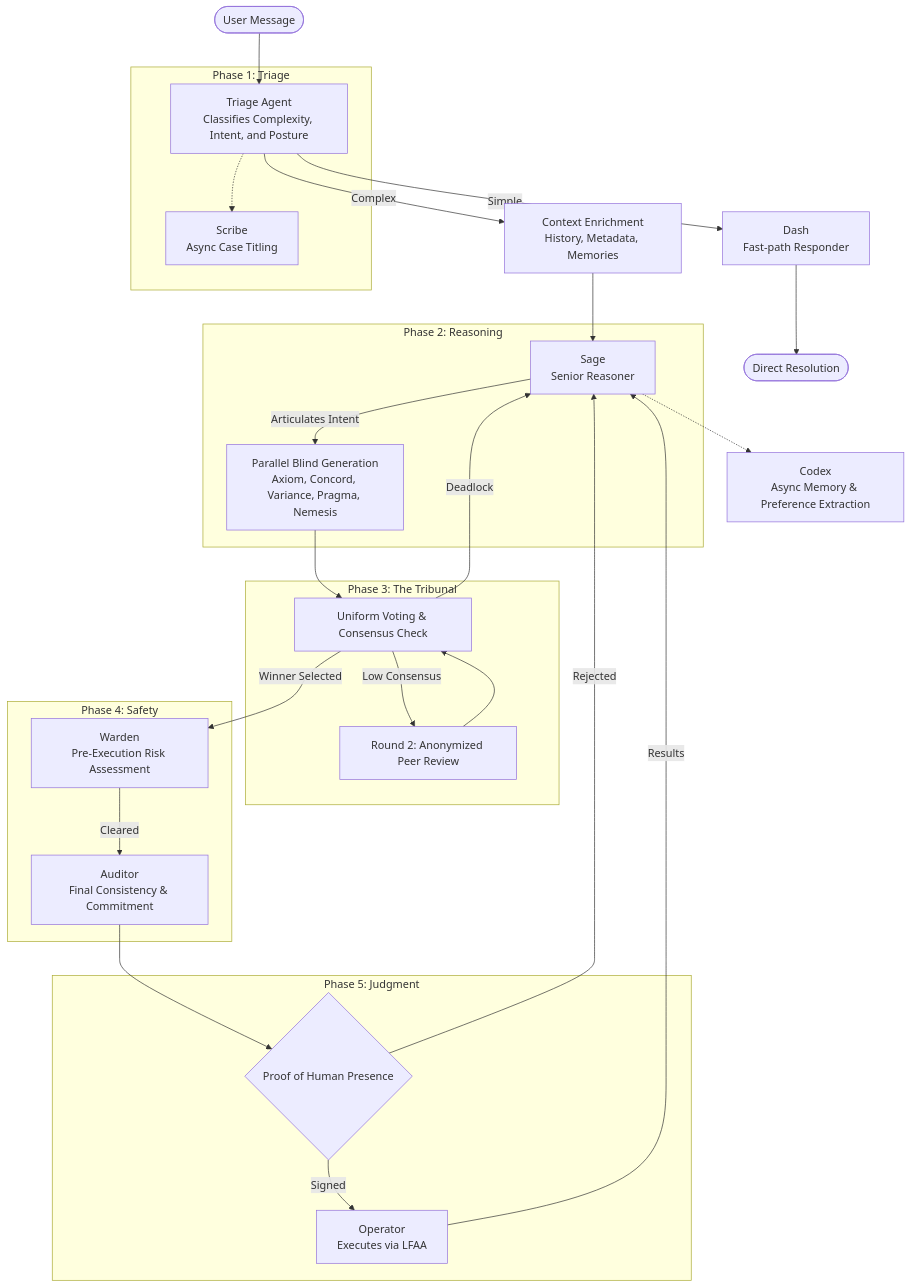
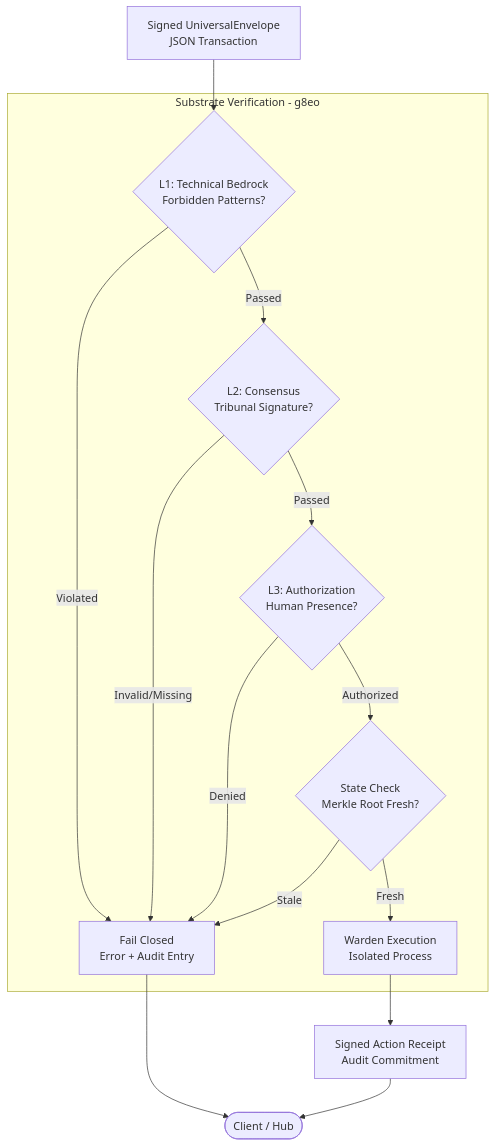
Before and after one commit to g8e-ai/g8e: the first of 2 diagrams in README.md, drawn with Mermaid. The commit also changed other lines of this file and 94 other files, not shown here.

````diff
--- a/README.md
+++ b/README.md
@@ -36,47 +38,24 @@
 ```mermaid
 flowchart TD
-    User([User Message]) --> Triage
-
-    subgraph Phase_1 [Phase 1: Triage]
-        Triage[Triage Agent<br>Classifies Complexity, Intent, and Posture]
-        Scribe[Scribe<br>Async Case Titling]
-        Triage -.-> Scribe
+    TX[Signed UniversalEnvelope<br>JSON Transaction] --> L1
+    
+    subgraph Substrate [Substrate Verification - g8eo]
+        L1{L1: Technical Bedrock<br>Forbidden Patterns?}
+        L1 -- "Violated" --> Reject
+        
+        L1 -- "Passed" --> L2{L2: Consensus<br>Tribunal Signature?}
+        L2 -- "Invalid/Missing" --> Reject
+        
+        L2 -- "Passed" --> L3{L3: Authorization<br>Human Presence?}
+        L3 -- "Denied" --> Reject
+        
+        L3 -- "Authorized" --> State{State Check<br>Merkle Root Fresh?}
+        State -- "Stale" --> Reject
+        
+        State -- "Fresh" --> Exec[Warden Execution<br>Isolated Process]
     end
-
-    Triage -- "Simple" --> Dash[Dash<br>Fast-path Responder]
-    Dash --> Output([Direct Resolution])
-
-    Triage -- "Complex" --> Context[Context Enrichment<br>History, Metadata, Memories]
-    Context --> Sage[Sage<br>Senior Reasoner]
-
-    Codex[Codex<br>Async Memory & Preference Extraction]
-    Sage -.-> Codex
-
-    subgraph Phase_2 [Phase 2: Reasoning]
-        Sage -- "Articulates Intent" --> Tribunal
-    end
-
-    subgraph Phase_3 [Phase 3: The Tribunal]
-        Tribunal[Parallel Blind Generation<br>Axiom, Concord, Variance, Pragma, Nemesis]
-        Tribunal --> Consensus[Uniform Voting & Consensus Check]
-        Consensus -- "Low Consensus" --> R2[Round 2: Anonymized Peer Review]
-        R2 --> Consensus
-        Consensus -- "Deadlock" --> Sage
-    end
-
-    Consensus -- "Winner Selected" --> Warden
-
-    subgraph Phase_4 [Phase 4: Safety]
-        Warden[Warden<br>Pre-Execution Risk Assessment]
-        Warden -- "Cleared" --> Auditor
-    end
-
-    subgraph Phase_5 [Phase 5: Judgment]
-        Auditor[Auditor<br>Final Consistency & Commitment]
-        Auditor --> PHP{Proof of Human Presence}
-        PHP -- "Signed" --> Operator[Operator<br>Executes via LFAA]
-        Operator -- "Results" --> Sage
-    end
-
-    PHP -- "Rejected" --> Sage
+    
+    Exec --> Receipt[Signed Action Receipt<br>Audit Commitment]
+    Reject[Fail Closed<br>Error + Audit Entry] --> Client
+    Receipt --> Client([Client / Hub])
 ```
````
